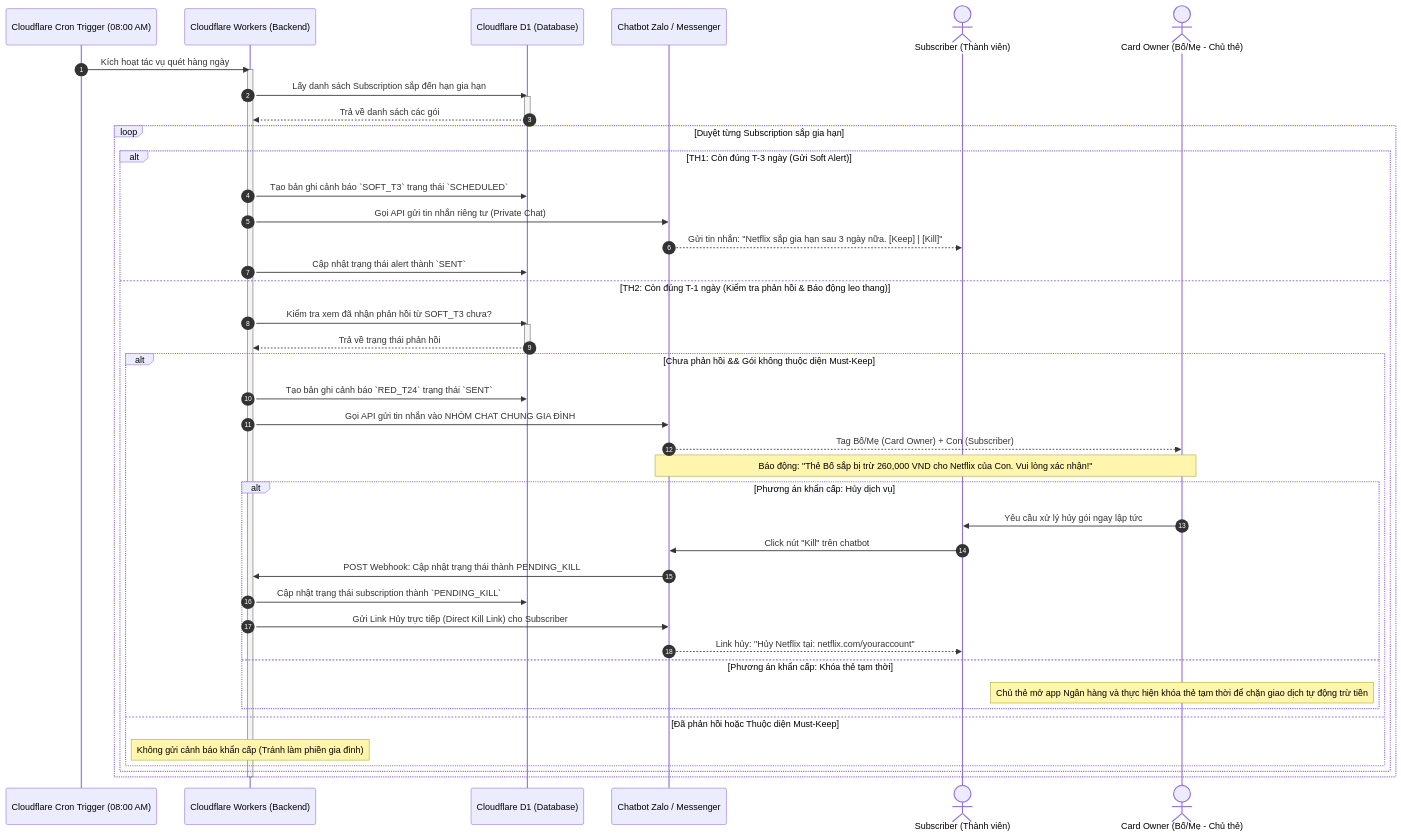
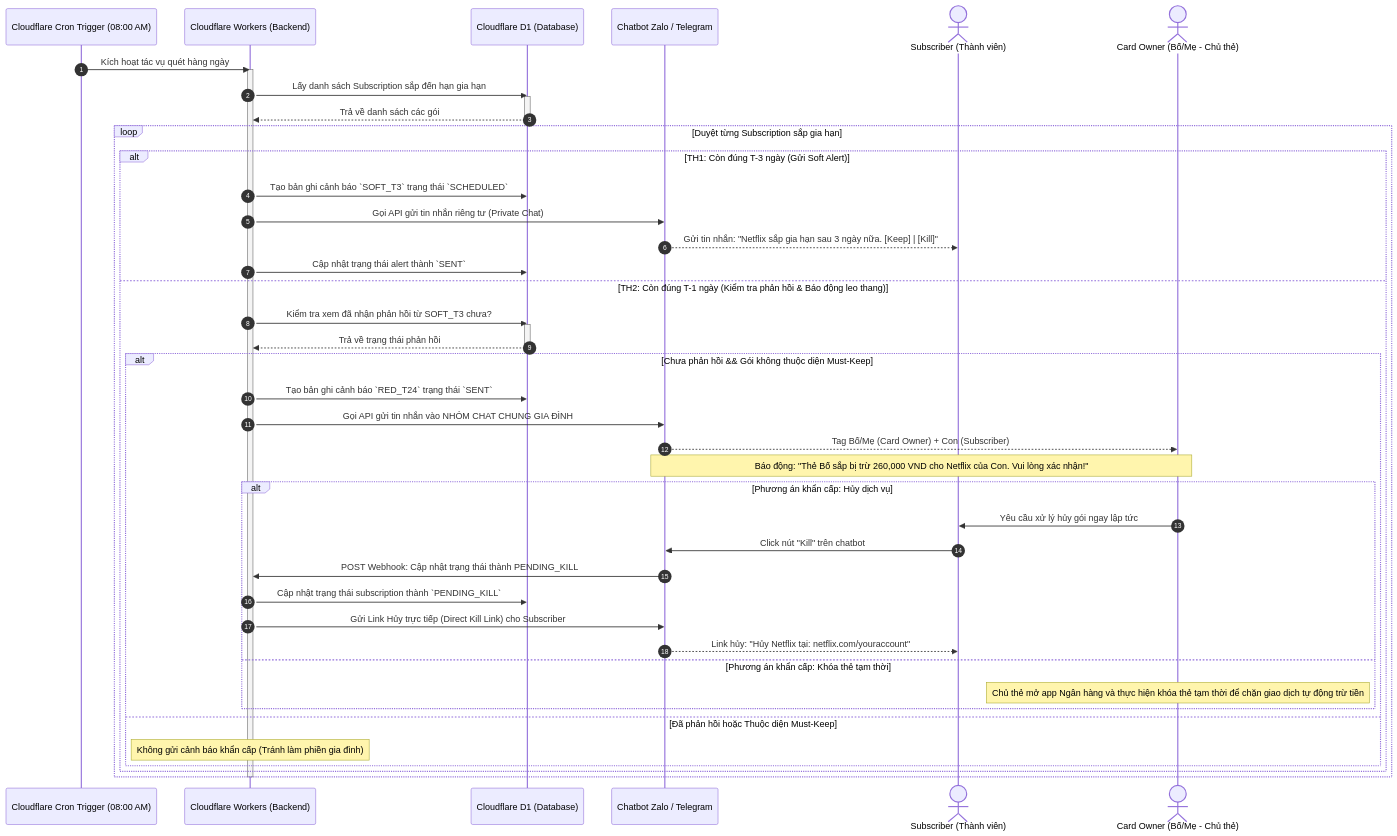
One commit to trinhquocthinh/Subsentry changed the second of 2 diagrams in docs/model-sequence.md. Above: the diagram before and after it, drawn with Mermaid. The commit also changed other lines of this file and 24 other files, not shown here.

````diff
--- a/docs/model-sequence.md
+++ b/docs/model-sequence.md
@@ -80,54 +80,54 @@
 ```mermaid
 sequenceDiagram
     autonumber
     participant Cron as Cloudflare Cron Trigger (08:00 AM)
     participant Worker as Cloudflare Workers (Backend)
     participant D1 as Cloudflare D1 (Database)
-    participant Bot as Chatbot Zalo / Messenger
+    participant Bot as Chatbot Zalo / Telegram
     actor Sub as Subscriber (Thành viên)
     actor Owner as Card Owner (Bố/Mẹ - Chủ thẻ)
 
     Cron->>Worker: Kích hoạt tác vụ quét hàng ngày
     activate Worker
     Worker->>D1: Lấy danh sách Subscription sắp đến hạn gia hạn
     activate D1
     D1-->>Worker: Trả về danh sách các gói
     deactivate D1
 
     loop Duyệt từng Subscription sắp gia hạn
         alt TH1: Còn đúng T-3 ngày (Gửi Soft Alert)
             Worker->>D1: Tạo bản ghi cảnh báo `SOFT_T3` trạng thái `SCHEDULED`
             Worker->>Bot: Gọi API gửi tin nhắn riêng tư (Private Chat)
             Bot-->>Sub: Gửi tin nhắn: "Netflix sắp gia hạn sau 3 ngày nữa. [Keep] | [Kill]"
             Worker->>D1: Cập nhật trạng thái alert thành `SENT`
 
         else TH2: Còn đúng T-1 ngày (Kiểm tra phản hồi & Báo động leo thang)
             Worker->>D1: Kiểm tra xem đã nhận phản hồi từ SOFT_T3 chưa?
             activate D1
             D1-->>Worker: Trả về trạng thái phản hồi
             deactivate D1
 
             alt Chưa phản hồi && Gói không thuộc diện Must-Keep
                 Worker->>D1: Tạo bản ghi cảnh báo `RED_T24` trạng thái `SENT`
                 Worker->>Bot: Gọi API gửi tin nhắn vào NHÓM CHAT CHUNG GIA ĐÌNH
                 Bot-->>Owner: Tag Bố/Mẹ (Card Owner) + Con (Subscriber)
                 Note over Bot,Owner: Báo động: "Thẻ Bố sắp bị trừ 260,000 VND cho Netflix của Con. Vui lòng xác nhận!"
 
                 alt Phương án khẩn cấp: Hủy dịch vụ
                     Owner->>Sub: Yêu cầu xử lý hủy gói ngay lập tức
                     Sub->>Bot: Click nút "Kill" trên chatbot
                     Bot->>Worker: POST Webhook: Cập nhật trạng thái thành PENDING_KILL
                     Worker->>D1: Cập nhật trạng thái subscription thành `PENDING_KILL`
                     Worker->>Bot: Gửi Link Hủy trực tiếp (Direct Kill Link) cho Subscriber
                     Bot-->>Sub: Link hủy: "Hủy Netflix tại: netflix.com/youraccount"
                 else Phương án khẩn cấp: Khóa thẻ tạm thời
                     Note over Owner: Chủ thẻ mở app Ngân hàng và thực hiện khóa thẻ tạm thời để chặn giao dịch tự động trừ tiền
                 end
 
             else Đã phản hồi hoặc Thuộc diện Must-Keep
                 Note over Worker: Không gửi cảnh báo khẩn cấp (Tránh làm phiền gia đình)
             end
         end
     end
     deactivate Worker
 ```
````
